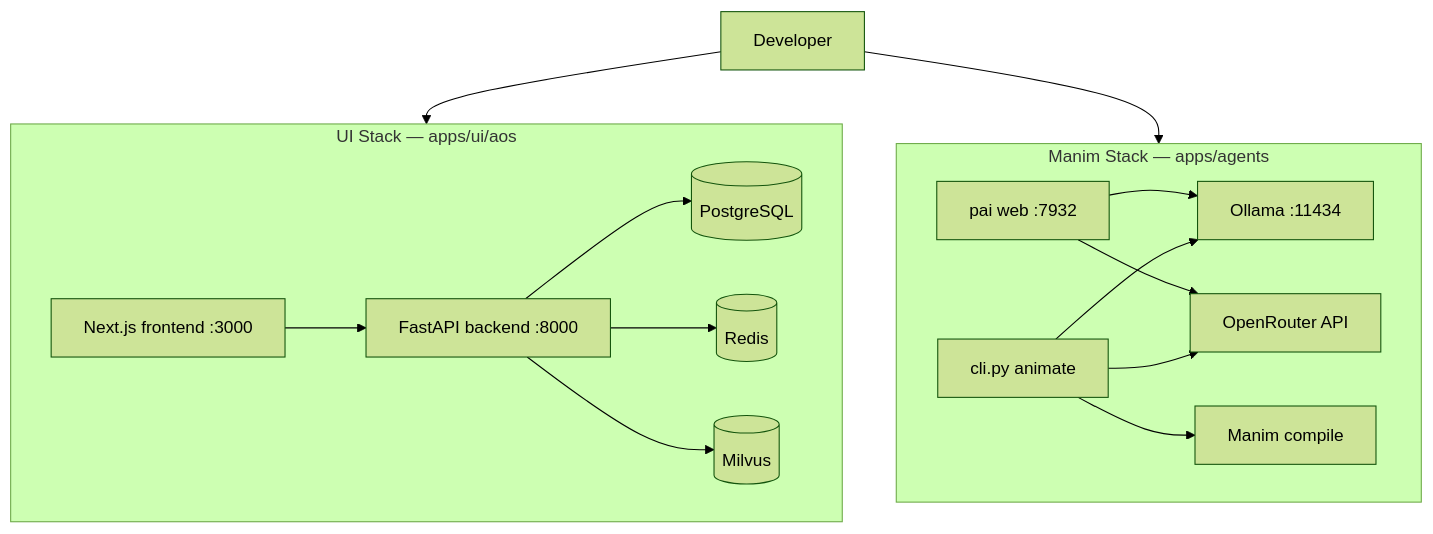
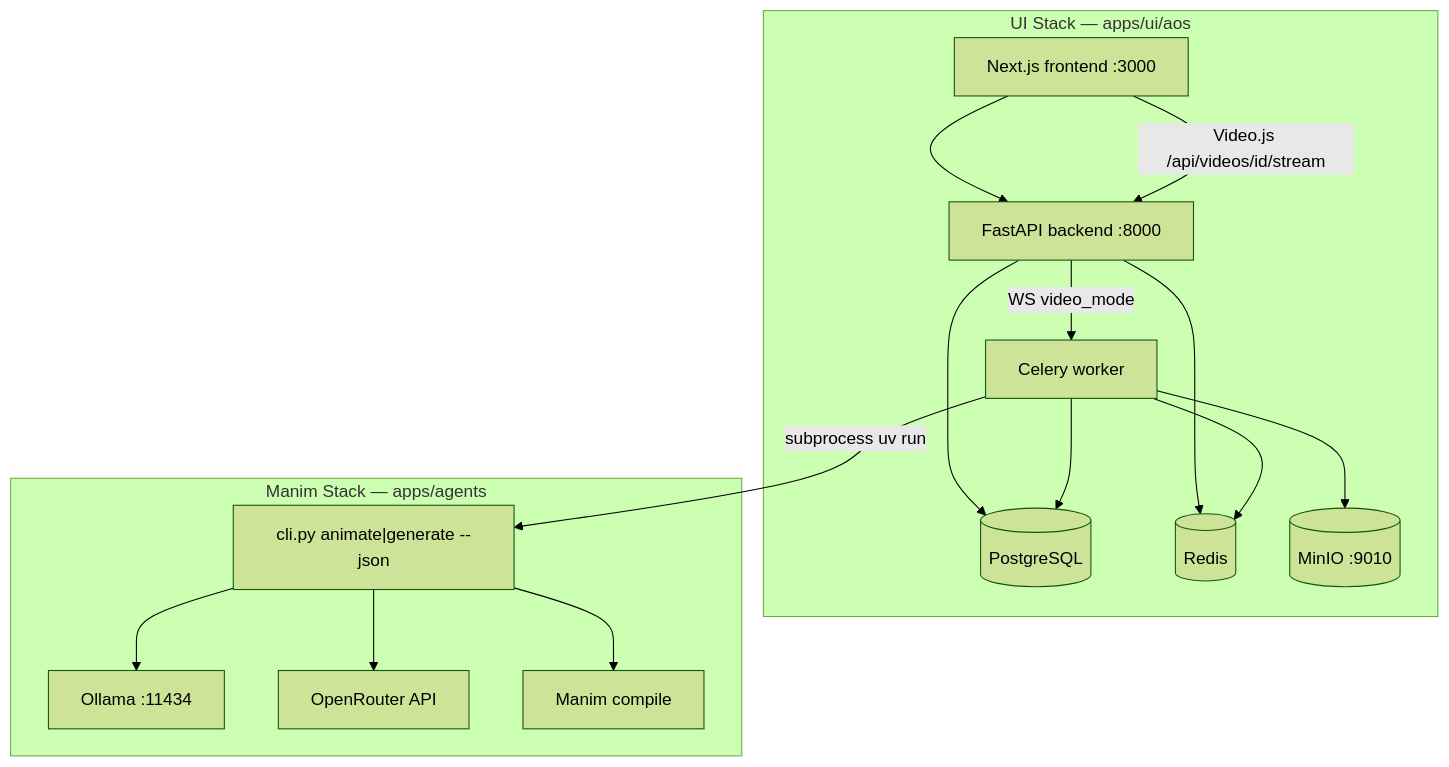
Before and after one commit to nabin2004/AOS: the diagram in apps/ui/aos/LOCAL_DEV.md, drawn with Mermaid (forest theme). The commit also changed other lines of this file and 45 other files, not shown here.

````diff
--- a/apps/ui/aos/LOCAL_DEV.md
+++ b/apps/ui/aos/LOCAL_DEV.md
@@ -9,30 +9,31 @@
 ```mermaid
 flowchart TB
     subgraph uiStack [UI Stack — apps/ui/aos]
         FE[Next.js frontend :3000]
         BE[FastAPI backend :8000]
+        CW[Celery worker]
         PG[(PostgreSQL)]
         RD[(Redis)]
-        MV[(Milvus)]
+        MNIO[(MinIO :9010)]
         FE --> BE
         BE --> PG
         BE --> RD
-        BE --> MV
+        CW --> RD
+        CW --> MNIO
+        CW --> PG
     end
 
     subgraph manimStack [Manim Stack — apps/agents]
-        CLI[cli.py animate]
-        PAI[pai web :7932]
+        CLI["cli.py animate|generate --json"]
         OLL[Ollama :11434]
         OR[OpenRouter API]
-        MN[Manim compile]
+        MANIM[Manim compile]
         CLI --> OLL
         CLI --> OR
-        PAI --> OLL
-        PAI --> OR
-        CLI --> MN
+        CLI --> MANIM
     end
 
-    Dev[Developer] --> uiStack
-    Dev --> manimStack
+    BE -->|"WS video_mode"| CW
+    CW -->|"subprocess uv run"| CLI
+    FE -->|"Video.js /api/videos/id/stream"| BE
 ```
````
